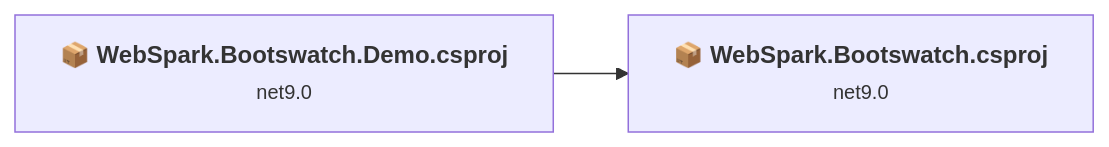
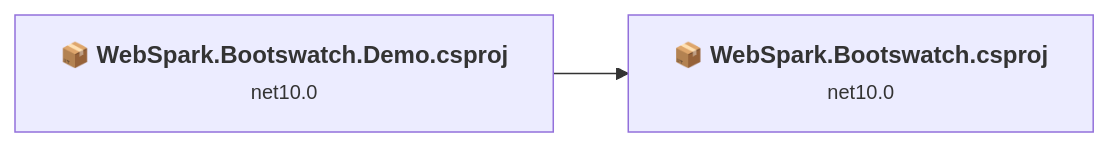
The first of 3 diagrams in .github/upgrades/assessment.md (markhazleton/WebSpark.Bootswatch), drawn with Mermaid before and after one commit. The commit also changed other lines of this file and 12 other files, not shown here.

````diff
--- a/.github/upgrades/assessment.md
+++ b/.github/upgrades/assessment.md
@@ -21,9 +23,9 @@
 ```mermaid
 flowchart LR
-    P1["<b>📦&nbsp;WebSpark.Bootswatch.csproj</b><br/><small>net9.0</small>"]
-    P2["<b>📦&nbsp;WebSpark.Bootswatch.Demo.csproj</b><br/><small>net9.0</small>"]
+    P1["<b>📦&nbsp;WebSpark.Bootswatch.csproj</b><br/><small>net10.0</small>"]
+    P2["<b>📦&nbsp;WebSpark.Bootswatch.Demo.csproj</b><br/><small>net10.0</small>"]
     P2 --> P1
     click P1 "#websparkbootswatchwebsparkbootswatchcsproj"
     click P2 "#websparkbootswatchdemowebsparkbootswatchdemocsproj"
 
 ```
````
